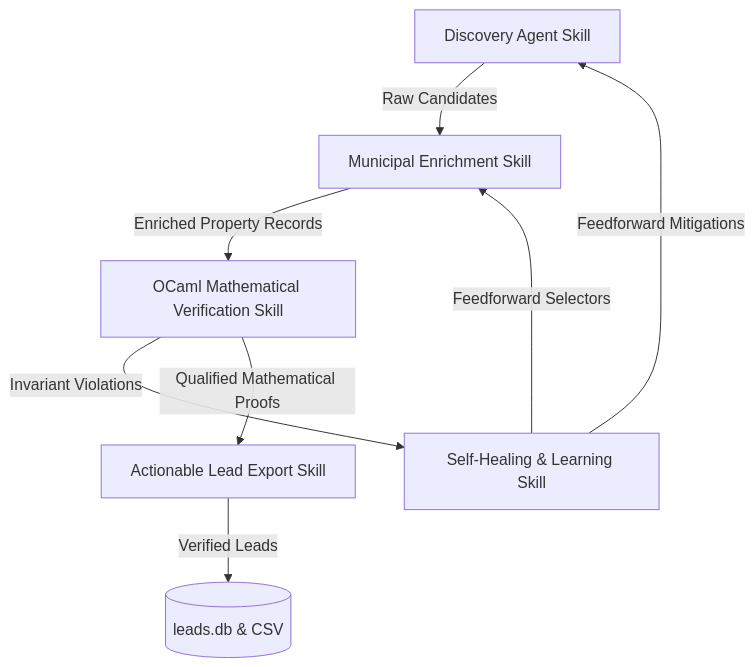
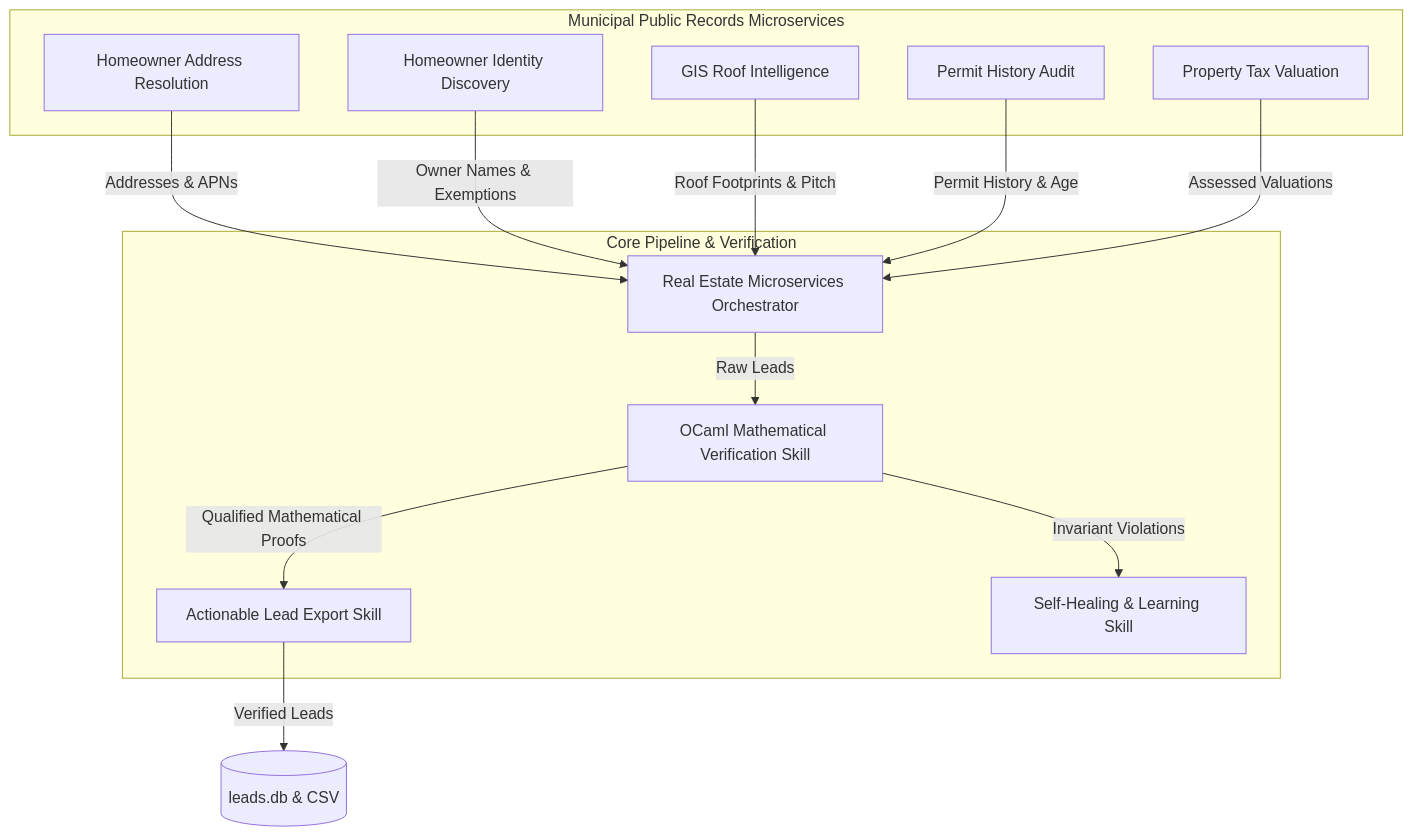
The diagram in SKILLS.md (s6pa1rta3n-lab/roof4u), drawn with Mermaid before and after one commit. The commit also changed other lines of this file and 103 other files, not shown here.

Commit message:
feat(public-records): implement pure OCaml microservices and agentic skills for municipal real estate data acquisition

````diff
--- a/SKILLS.md
+++ b/SKILLS.md
@@ -22,10 +28,28 @@
 ```mermaid
 graph TD
-    A[Discovery Agent Skill] -->|Raw Candidates| B[Municipal Enrichment Skill]
-    B -->|Enriched Property Records| C[OCaml Mathematical Verification Skill]
-    C -->|Invariant Violations| D[Self-Healing & Learning Skill]
-    D -->|Feedforward Mitigations| A
-    D -->|Feedforward Selectors| B
-    C -->|Qualified Mathematical Proofs| E[Actionable Lead Export Skill]
-    E -->|Verified Leads| F[(leads.db & CSV)]
+    subgraph Municipal Public Records Microservices
+        A1[Homeowner Address Resolution]
+        A2[Homeowner Identity Discovery]
+        A3[GIS Roof Intelligence]
+        A4[Permit History Audit]
+        A5[Property Tax Valuation]
+    end
+
+    subgraph Core Pipeline & Verification
+        B[Real Estate Microservices Orchestrator]
+        C[OCaml Mathematical Verification Skill]
+        D[Actionable Lead Export Skill]
+        E[Self-Healing & Learning Skill]
+    end
+
+    A1 -->|Addresses & APNs| B
+    A2 -->|Owner Names & Exemptions| B
+    A3 -->|Roof Footprints & Pitch| B
+    A4 -->|Permit History & Age| B
+    A5 -->|Assessed Valuations| B
+
+    B -->|Raw Leads| C
+    C -->|Invariant Violations| E
+    C -->|Qualified Mathematical Proofs| D
+    D -->|Verified Leads| F[(leads.db & CSV)]
 ```
````
